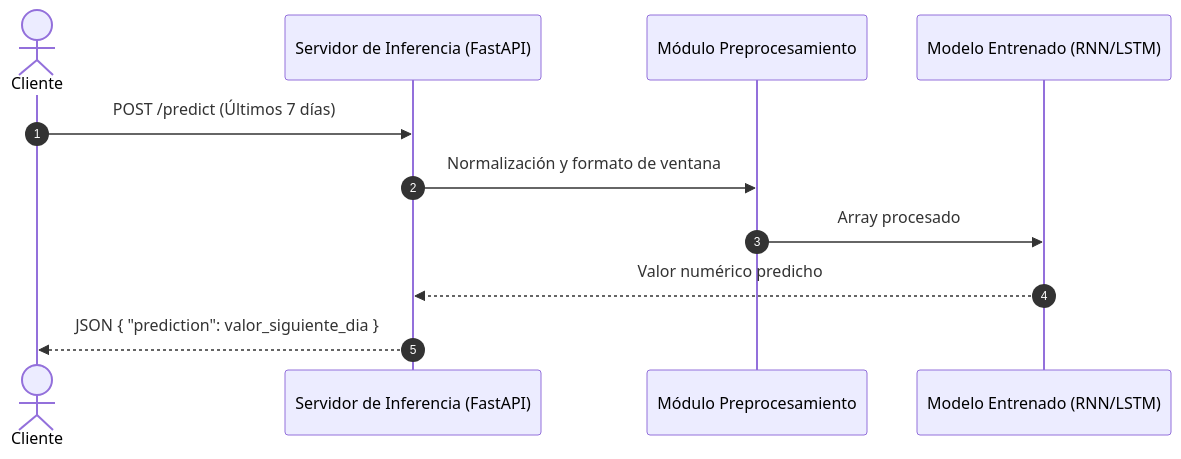
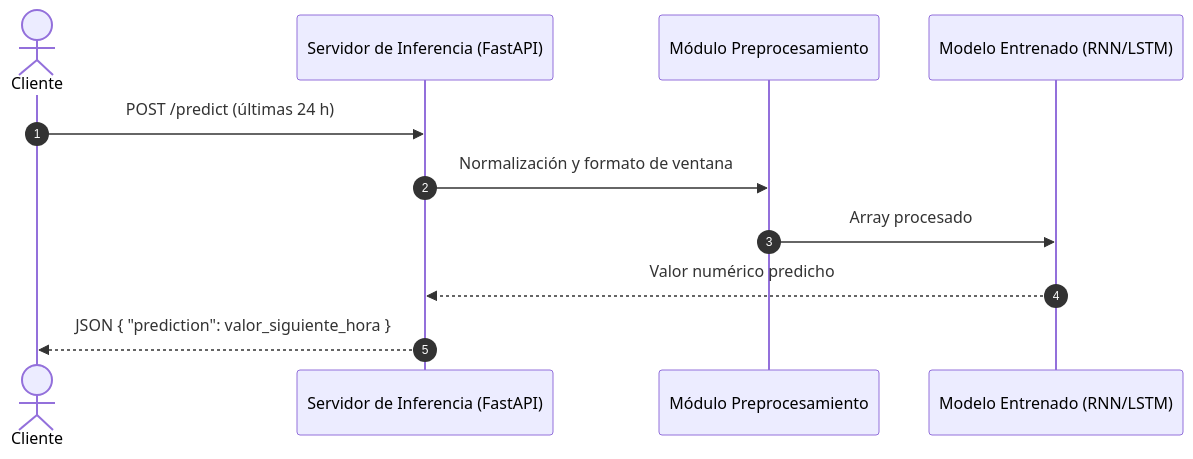
Before and after one commit to BarrosoJorge/Practica2_Deeplearning: the second of 3 diagrams in documento_del_proyecto.md, drawn with Mermaid. The commit also changed other lines of this file and 5 other files, not shown here.

````diff
--- a/documento_del_proyecto.md
+++ b/documento_del_proyecto.md
@@ -104,14 +106,14 @@
 ```mermaid
 sequenceDiagram
     autonumber
     actor Cliente
     participant Servidor as Servidor de Inferencia (FastAPI)
     participant Preproc as Módulo Preprocesamiento
     participant Modelo as Modelo Entrenado (RNN/LSTM)
 
-    Cliente->>Servidor: POST /predict (Últimos 7 días)
+    Cliente->>Servidor: POST /predict (últimas 24 h)
     Servidor->>Preproc: Normalización y formato de ventana
     Preproc->>Modelo: Array procesado
     Modelo-->>Servidor: Valor numérico predicho
-    Servidor-->>Cliente: JSON { "prediction": valor_siguiente_dia }
+    Servidor-->>Cliente: JSON { "prediction": valor_siguiente_hora }
 ```
````
